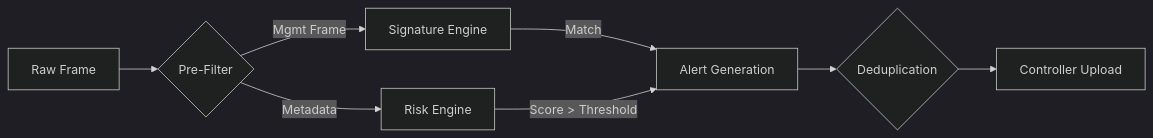
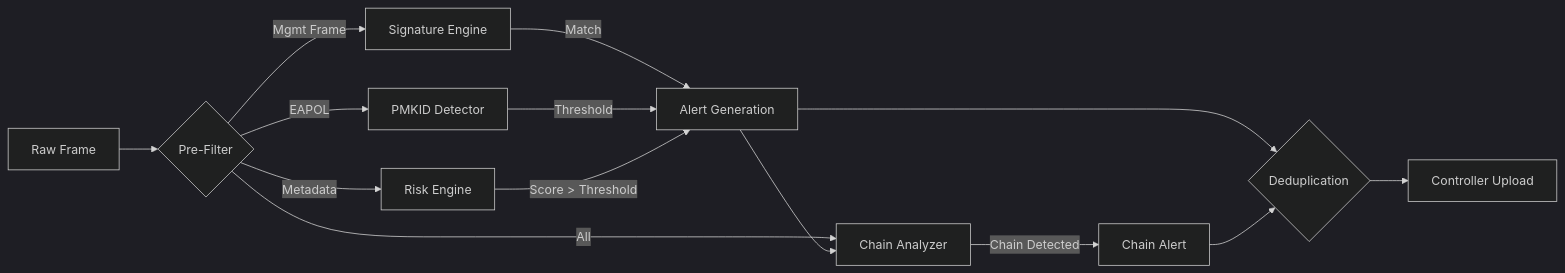
One commit to Anduong1200/sentinel-netlab changed the diagram in docs/detection/overview.md. Above: the diagram before and after it, drawn with Mermaid (dark theme). The commit also changed other lines of this file and 9 other files, not shown here.

````diff
--- a/docs/detection/overview.md
+++ b/docs/detection/overview.md
@@ -21,12 +33,18 @@
 ```mermaid
 graph LR
     Frame[Raw Frame] --> Filter{Pre-Filter}
     Filter -->|Mgmt Frame| Sig[Signature Engine]
+    Filter -->|EAPOL| PMKID[PMKID Detector]
     Filter -->|Metadata| Risk[Risk Engine]
-    
+    Filter -->|All| Corr[Chain Analyzer]
+
     Sig -->|Match| Alert[Alert Generation]
+    PMKID -->|Threshold| Alert
     Risk -->|Score > Threshold| Alert
-    
+
+    Alert --> Corr
+    Corr -->|Chain Detected| ChainAlert[Chain Alert]
     Alert --> Dedupe{Deduplication}
+    ChainAlert --> Dedupe
     Dedupe --> Upload[Controller Upload]
 ```
````
